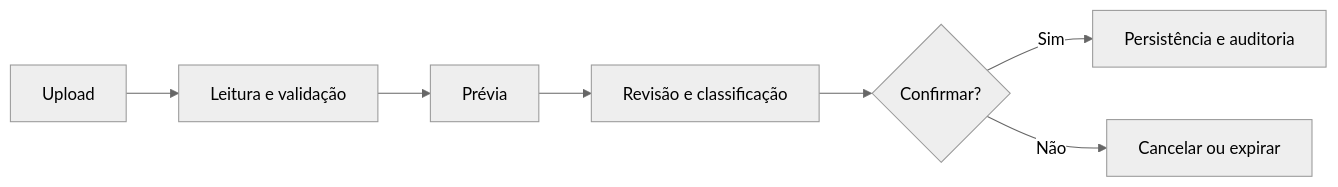
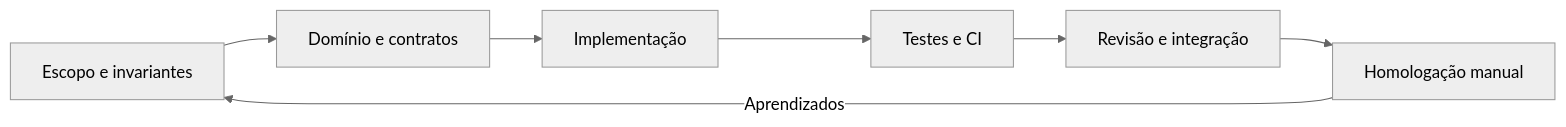
The second of 2 diagrams in README.pt-BR.md (danilobsilv/BankingIntelligentSheet), drawn with Mermaid (neutral theme) before and after one commit. The commit also changed other lines of this file, not shown here.

````diff
--- a/README.pt-BR.md
+++ b/README.pt-BR.md
@@ -34,9 +62,9 @@
 ```mermaid
 flowchart LR
-    A[Upload] --> B[Leitura e validação]
-    B --> C[Prévia]
-    C --> D[Revisão e classificação]
-    D --> E{Confirmar?}
-    E -->|Sim| F[Persistência e auditoria]
-    E -->|Não| G[Cancelar ou expirar]
+    S[Escopo e invariantes] --> D[Domínio e contratos]
+    D --> B[Implementação]
+    B --> T[Testes e CI]
+    T --> R[Revisão e integração]
+    R --> H[Homologação manual]
+    H -->|Aprendizados| S
 ```
````
